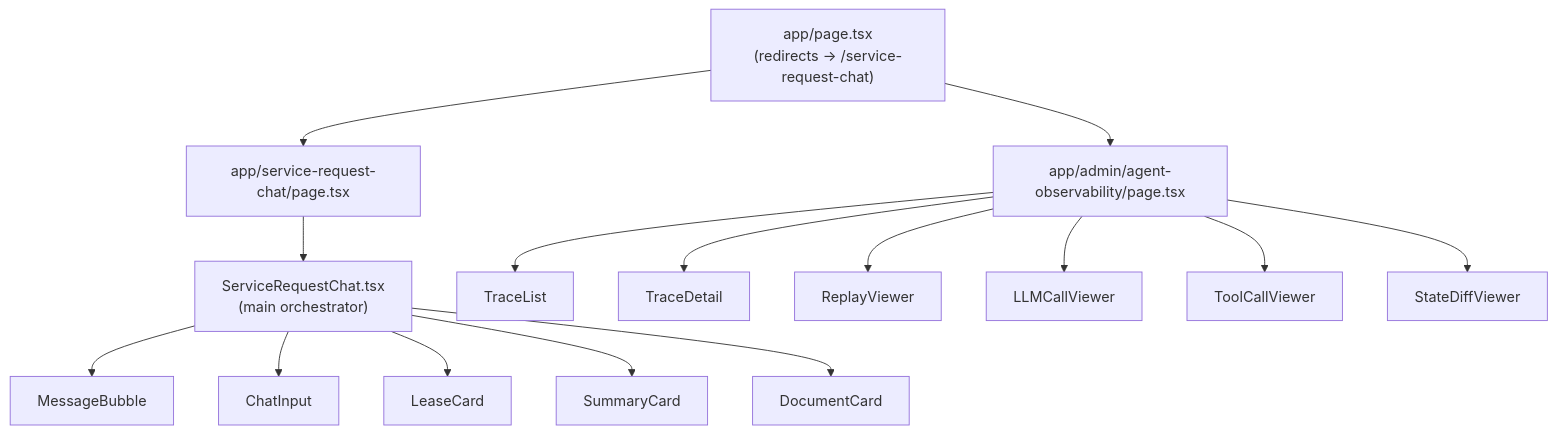
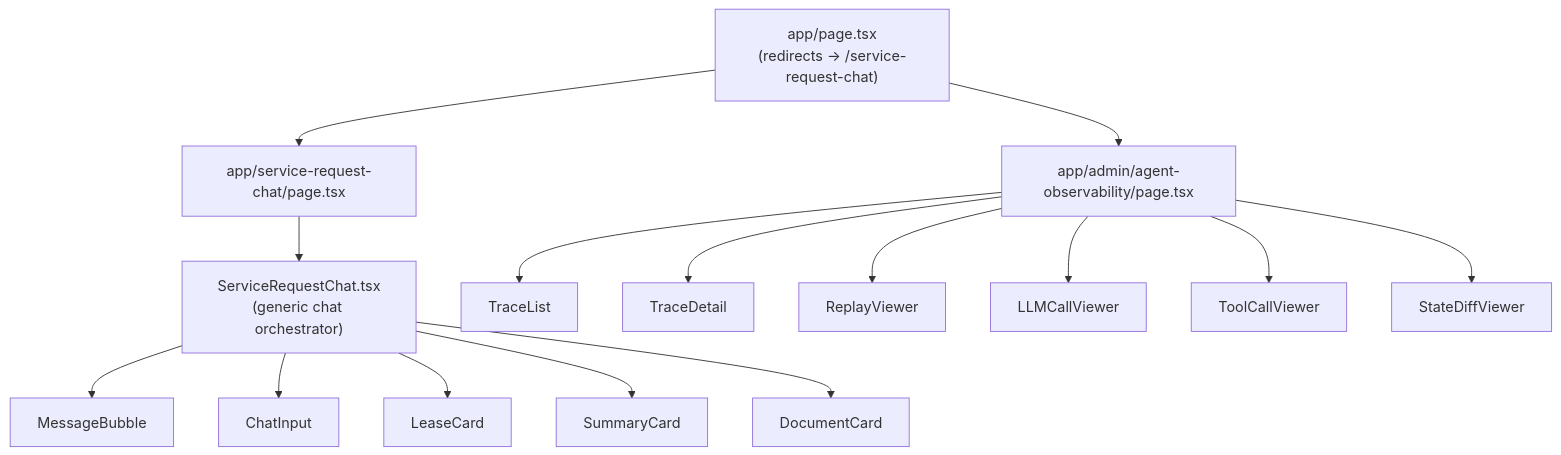
The second of 6 diagrams in service-request-chatbot/docs/architecture.md (swa01wk/Cenomi-RDD-Chatbot), drawn with Mermaid before and after one commit. The commit also changed other lines of this file and 1 other file, not shown here.

````diff
--- a/service-request-chatbot/docs/architecture.md
+++ b/service-request-chatbot/docs/architecture.md
@@ -57,23 +78,23 @@
 ```mermaid
 graph TD
     Root["app/page.tsx<br/>(redirects → /service-request-chat)"]
     Chat["app/service-request-chat/page.tsx"]
     Admin["app/admin/agent-observability/page.tsx"]
 
     Root --> Chat
     Root --> Admin
 
-    Chat --> SRC["ServiceRequestChat.tsx<br/>(main orchestrator)"]
+    Chat --> SRC["ServiceRequestChat.tsx<br/>(generic chat orchestrator)"]
     SRC --> MB["MessageBubble"]
     SRC --> CI["ChatInput"]
     SRC --> LC["LeaseCard"]
     SRC --> SUM["SummaryCard"]
     SRC --> DC["DocumentCard"]
 
     Admin --> TL["TraceList"]
     Admin --> TD["TraceDetail"]
     Admin --> RP["ReplayViewer"]
     Admin --> LV["LLMCallViewer"]
     Admin --> TV["ToolCallViewer"]
     Admin --> SD["StateDiffViewer"]
 ```
````
